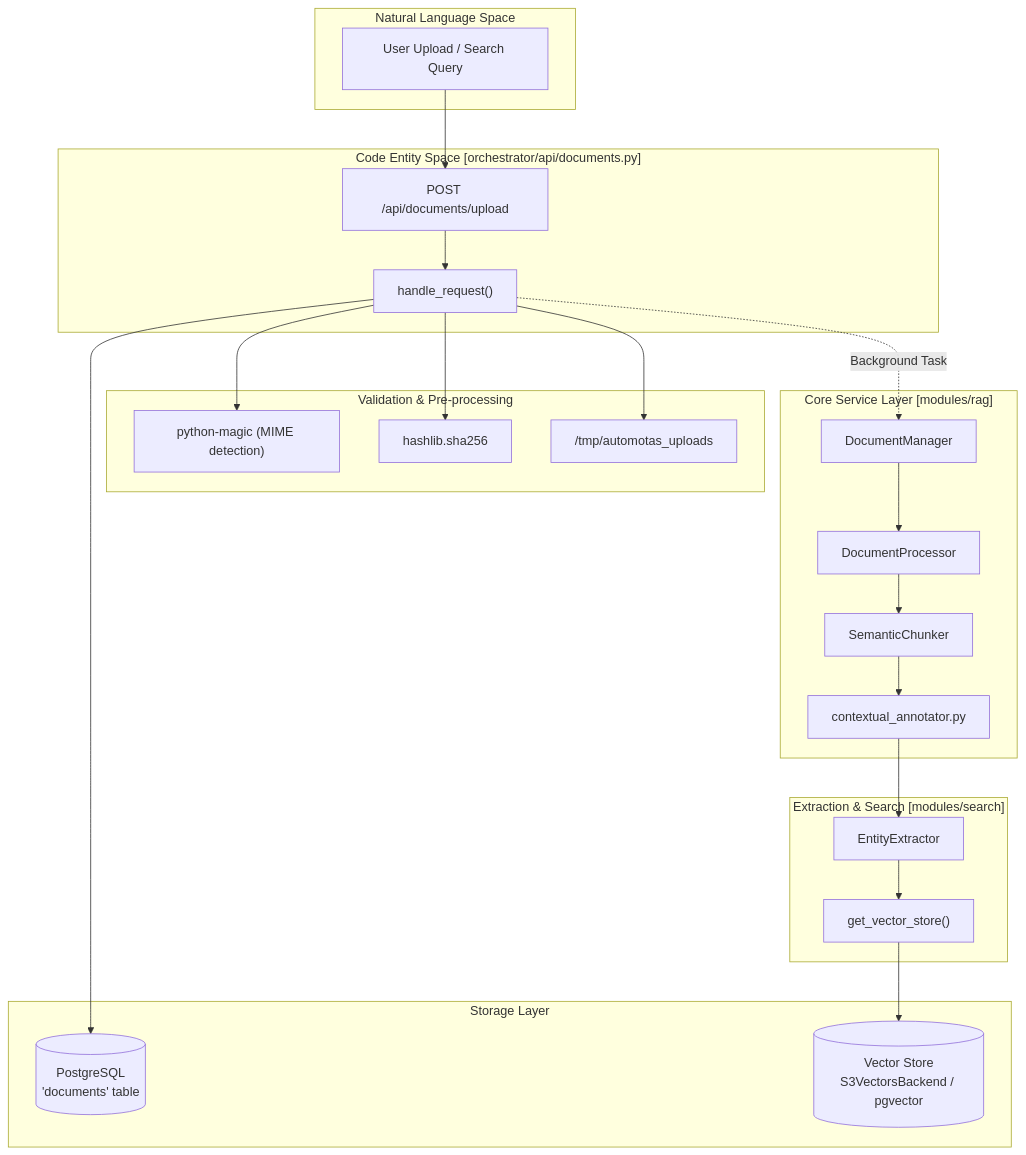
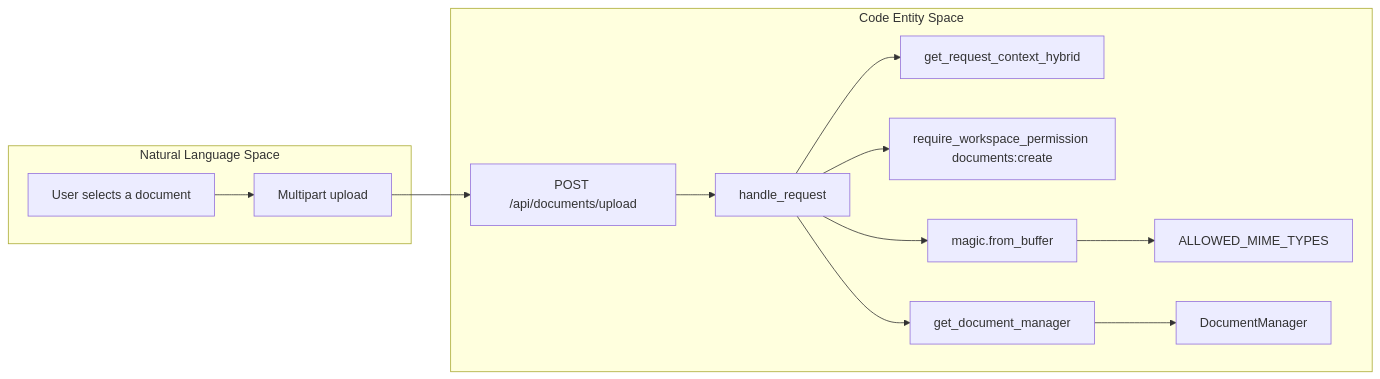
Before and after one commit to AutomatosAI/automatos-ai: the first of 2 diagrams in docs/knowledge-base-rag/documents-api-reference.md, drawn with Mermaid. The commit also changed other lines of this file and 188 other files, not shown here.

First line of the commit message:
docs: refresh architecture docs and add coverage for new subsystems (#1416)

````diff
--- a/docs/knowledge-base-rag/documents-api-reference.md
+++ b/docs/knowledge-base-rag/documents-api-reference.md
@@ -55,48 +53,28 @@
 ```mermaid
-graph TB
+flowchart LR
     subgraph "Natural Language Space"
-        UserReq["User Upload / Search Query"]
+        UserFile["User selects a document"]
+        UploadRequest["Multipart upload"]
     end
 
-    subgraph "Code Entity Space [orchestrator/api/documents.py]"
-        Req["POST /api/documents/upload"]
-        Hdl["handle_request()"]
+    subgraph "Code Entity Space"
+        Route["POST /api/documents/upload"]
+        Handler["handle_request"]
+        Context["get_request_context_hybrid"]
+        Permission["require_workspace_permission documents:create"]
+        MimeCheck["magic.from_buffer"]
+        MimeAllowlist["ALLOWED_MIME_TYPES"]
+        ManagerFactory["get_document_manager"]
+        Manager["DocumentManager"]
     end
 
-    subgraph "Validation & Pre-processing"
-        Magic["python-magic (MIME detection)"]
-        Hash["hashlib.sha256"]
-        Tmp["/tmp/automotas_uploads"]
-    end
-
-    subgraph "Core Service Layer [modules/rag]"
-        DM["DocumentManager"]
-        DP["DocumentProcessor"]
-        SC["SemanticChunker"]
-        CA["contextual_annotator.py"]
-    end
-
-    subgraph "Extraction & Search [modules/search]"
-        EE["EntityExtractor"]
-        VS["get_vector_store()"]
-    end
-
-    subgraph "Storage Layer"
-        DB[("PostgreSQL\n'documents' table")]
-        Vec[("Vector Store\nS3VectorsBackend / pgvector")]
-    end
-
-    UserReq --> Req
-    Req --> Hdl
-    Hdl --> Magic
-    Hdl --> Hash
-    Hdl --> Tmp
-    Hdl --> DB
-    Hdl -.->|"Background Task"| DM
-    DM --> DP
-    DP --> SC
-    SC --> CA
-    CA --> EE
-    EE --> VS
-    VS --> Vec
+    UserFile --> UploadRequest
+    UploadRequest --> Route
+    Route --> Handler
+    Handler --> Context
+    Handler --> Permission
+    Handler --> MimeCheck
+    MimeCheck --> MimeAllowlist
+    Handler --> ManagerFactory
+    ManagerFactory --> Manager
 ```
````
